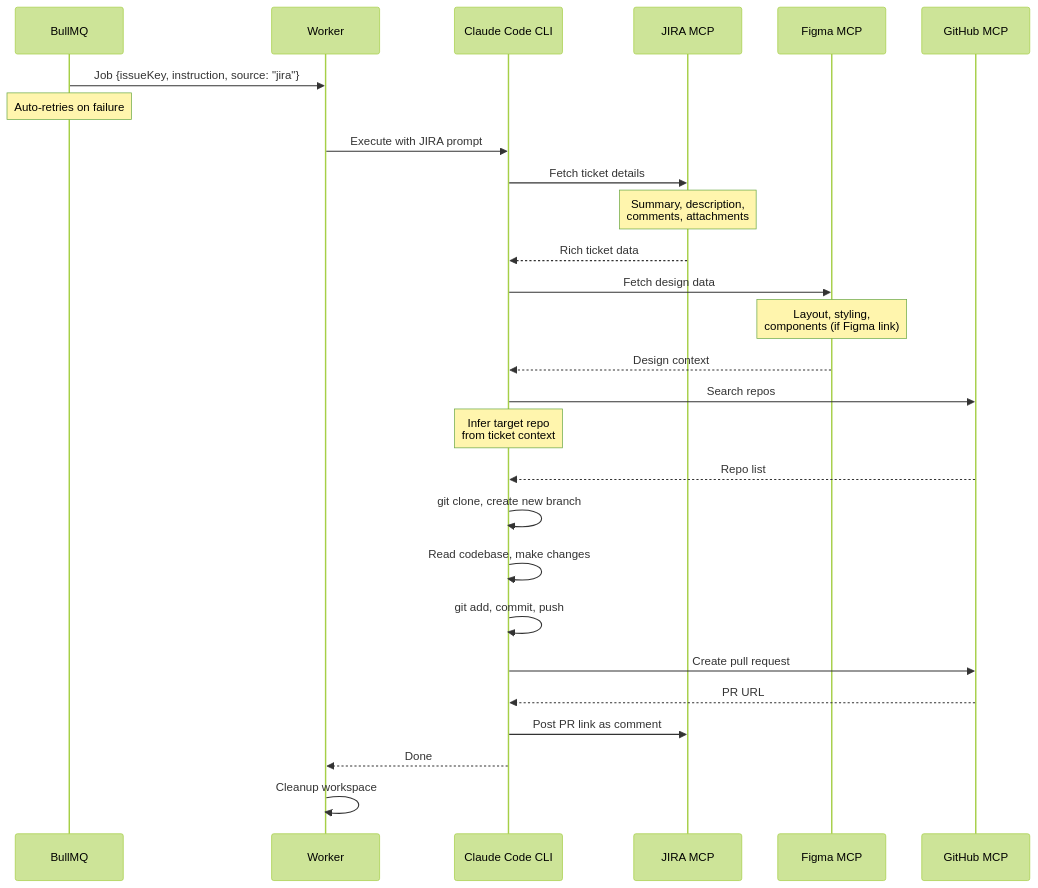
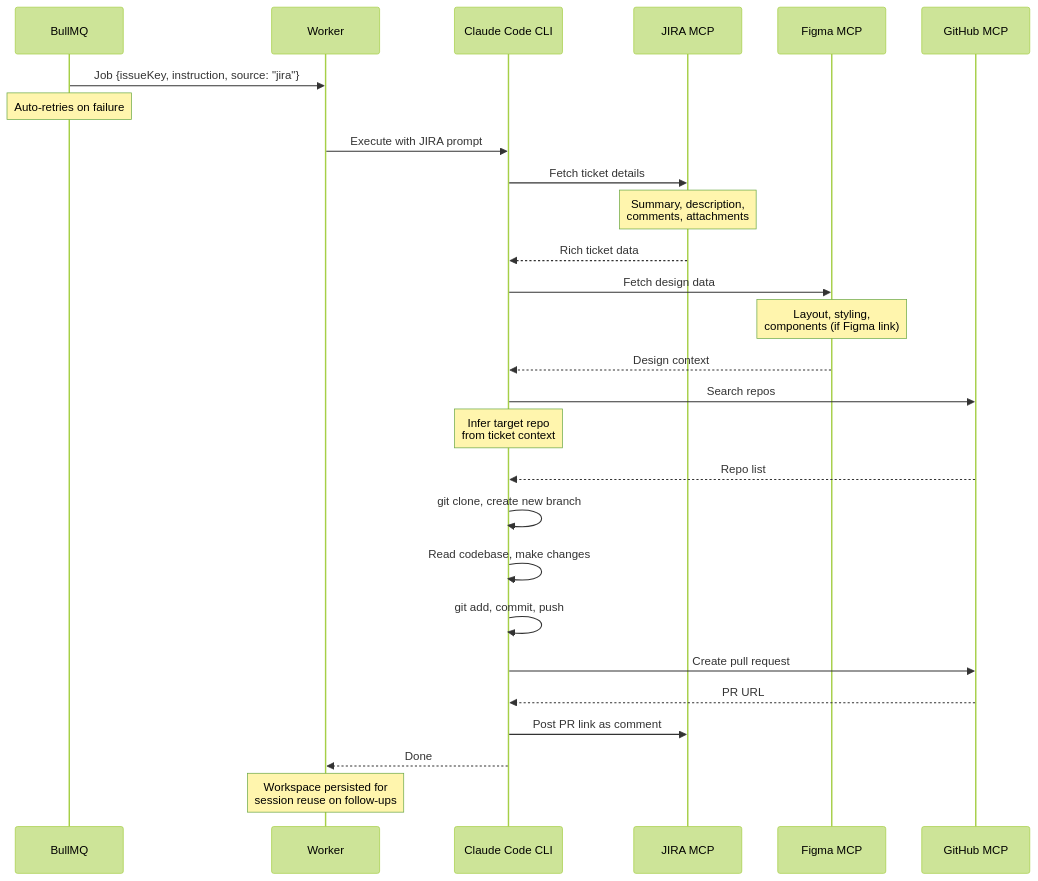
The fourth of 8 diagrams in docs/architecture.md (mappedin-dev/mapthew), drawn with Mermaid (forest theme) before and after one commit. The commit also changed other lines of this file and 5 other files, not shown here.

````diff
--- a/docs/architecture.md
+++ b/docs/architecture.md
@@ -124,38 +124,38 @@
 ```mermaid
 sequenceDiagram
     participant BullMQ as BullMQ
     participant W as Worker
     participant Claude as Claude Code CLI
     participant JIRA_MCP as JIRA MCP
     participant Figma_MCP as Figma MCP
     participant GH_MCP as GitHub MCP
 
     BullMQ->>W: Job {issueKey, instruction, source: "jira"}
     Note over BullMQ: Auto-retries on failure
 
     W->>Claude: Execute with JIRA prompt
 
     Claude->>JIRA_MCP: Fetch ticket details
     Note over JIRA_MCP: Summary, description,<br/>comments, attachments
     JIRA_MCP-->>Claude: Rich ticket data
 
     Claude->>Figma_MCP: Fetch design data
     Note over Figma_MCP: Layout, styling,<br/>components (if Figma link)
     Figma_MCP-->>Claude: Design context
 
     Claude->>GH_MCP: Search repos
     Note over Claude: Infer target repo<br/>from ticket context
     GH_MCP-->>Claude: Repo list
 
     Claude->>Claude: git clone, create new branch
     Claude->>Claude: Read codebase, make changes
     Claude->>Claude: git add, commit, push
 
     Claude->>GH_MCP: Create pull request
     GH_MCP-->>Claude: PR URL
 
     Claude->>JIRA_MCP: Post PR link as comment
 
     Claude-->>W: Done
-    W->>W: Cleanup workspace
+    Note over W: Workspace persisted for<br/>session reuse on follow-ups
 ```
````
